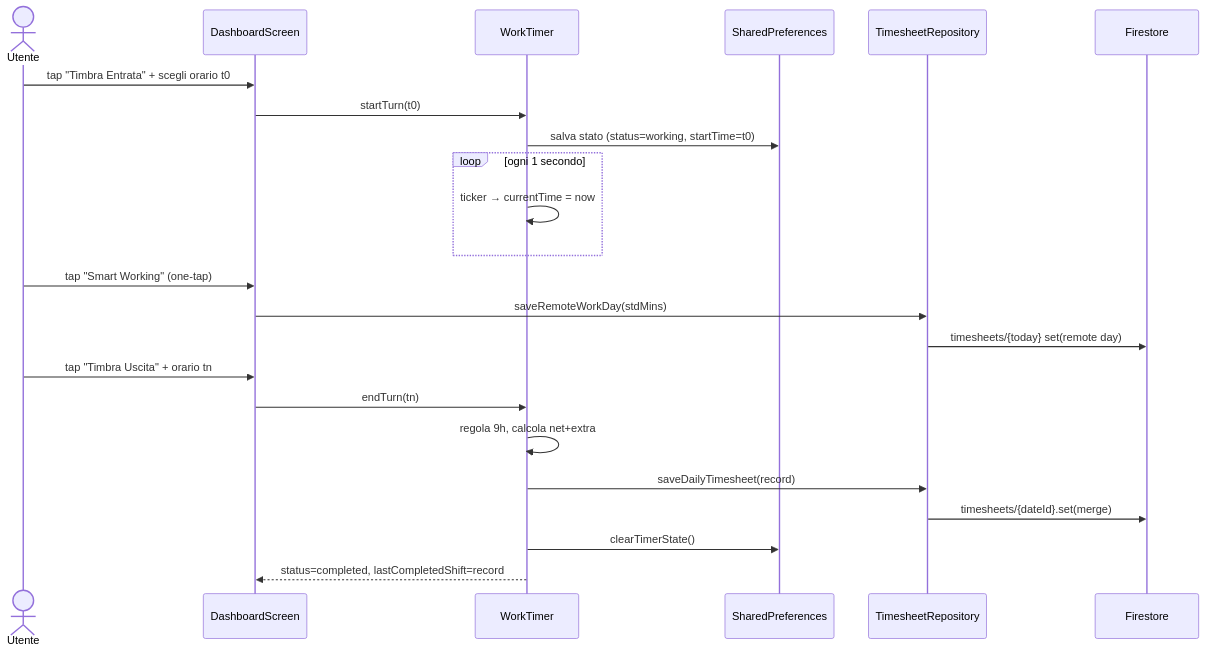
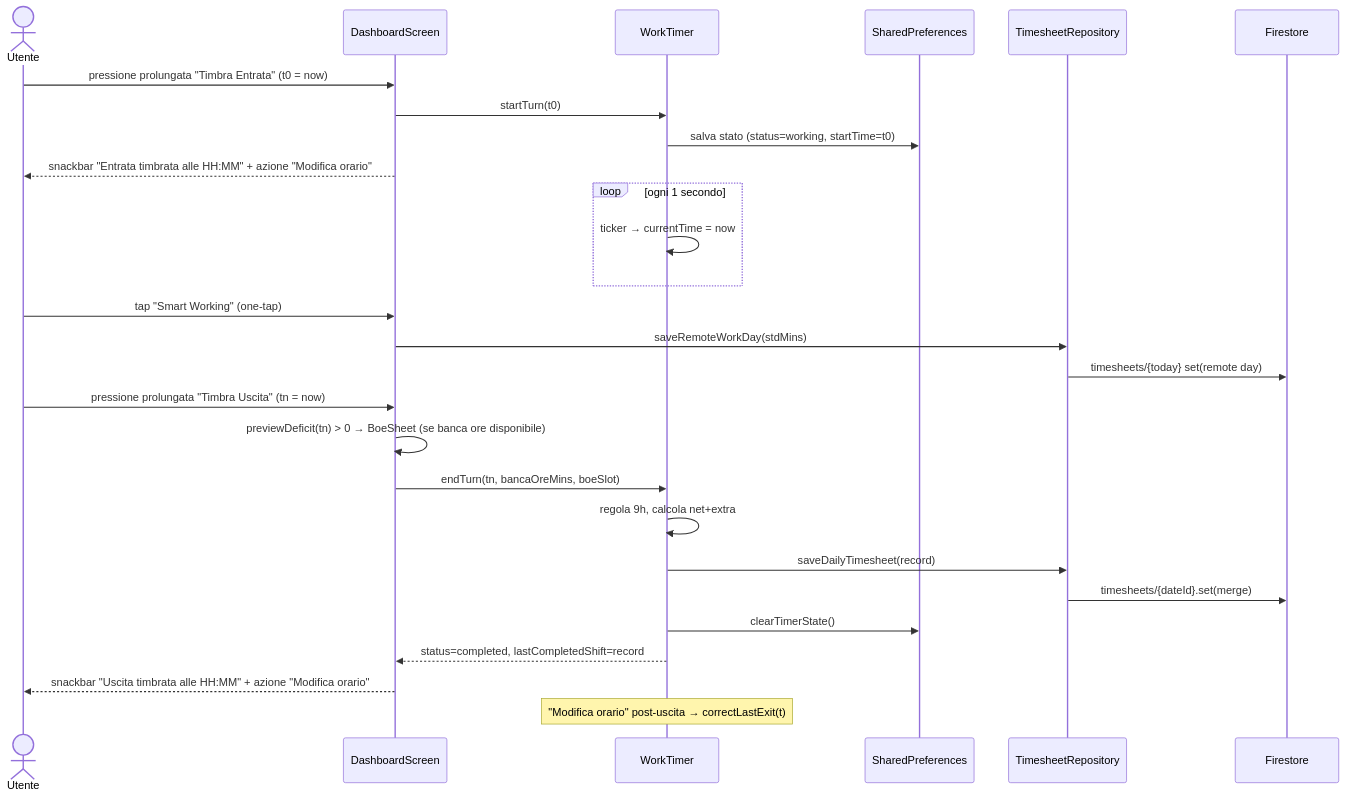
The first of 2 diagrams in docs/funzionalita/dashboard.md (marcocipriani/chigio_time), drawn with Mermaid before and after one commit. The commit also changed other lines of this file and 9 other files, not shown here.

````diff
--- a/docs/funzionalita/dashboard.md
+++ b/docs/funzionalita/dashboard.md
@@ -28,29 +28,33 @@
 ```mermaid
 sequenceDiagram
     actor U as Utente
     participant DS as DashboardScreen
     participant WT as WorkTimer
     participant SP as SharedPreferences
     participant TR as TimesheetRepository
     participant FS as Firestore
 
-    U->>DS: tap "Timbra Entrata" + scegli orario t0
+    U->>DS: pressione prolungata "Timbra Entrata" (t0 = now)
     DS->>WT: startTurn(t0)
     WT->>SP: salva stato (status=working, startTime=t0)
+    DS-->>U: snackbar "Entrata timbrata alle HH:MM" + azione "Modifica orario"
 
     loop ogni 1 secondo
         WT->>WT: ticker → currentTime = now
     end
 
     U->>DS: tap "Smart Working" (one-tap)
     DS->>TR: saveRemoteWorkDay(stdMins)
     TR->>FS: timesheets/{today} set(remote day)
 
-    U->>DS: tap "Timbra Uscita" + orario tn
-    DS->>WT: endTurn(tn)
+    U->>DS: pressione prolungata "Timbra Uscita" (tn = now)
+    DS->>DS: previewDeficit(tn) > 0 → BoeSheet (se banca ore disponibile)
+    DS->>WT: endTurn(tn, bancaOreMins, boeSlot)
     WT->>WT: regola 9h, calcola net+extra
     WT->>TR: saveDailyTimesheet(record)
     TR->>FS: timesheets/{dateId}.set(merge)
     WT->>SP: clearTimerState()
     WT-->>DS: status=completed, lastCompletedShift=record
+    DS-->>U: snackbar "Uscita timbrata alle HH:MM" + azione "Modifica orario"
+    Note over WT: "Modifica orario" post-uscita → correctLastExit(t)
 ```
````
